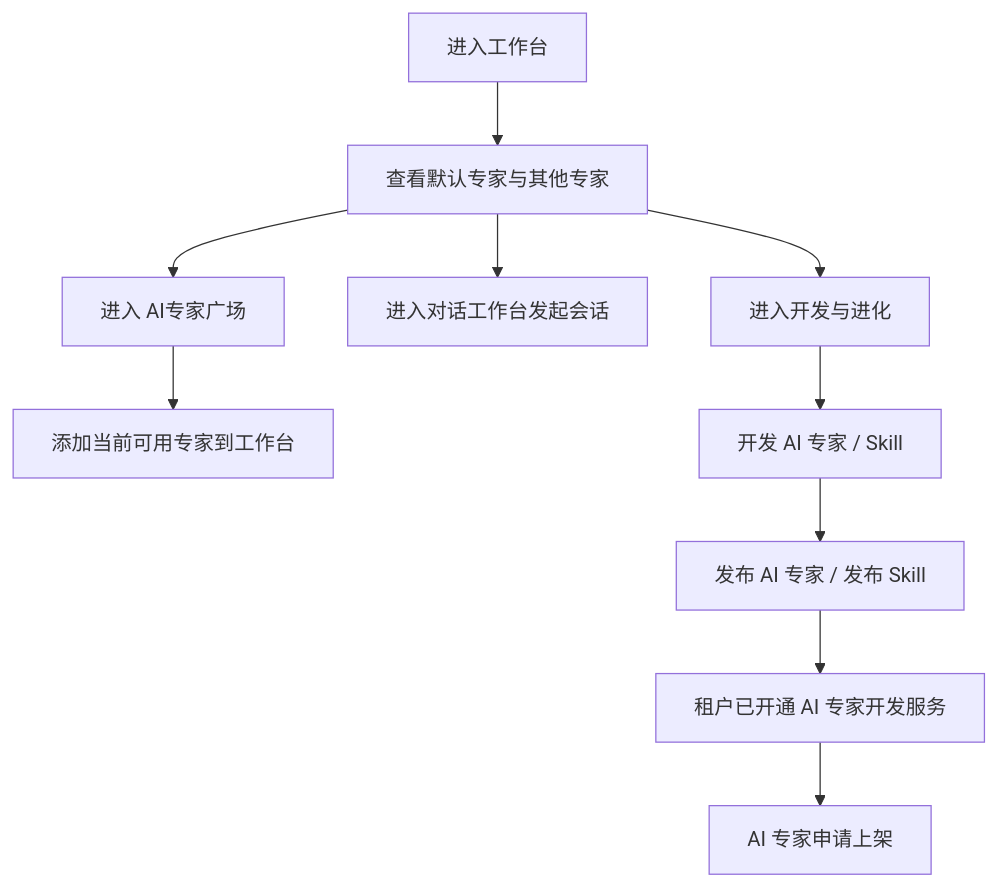
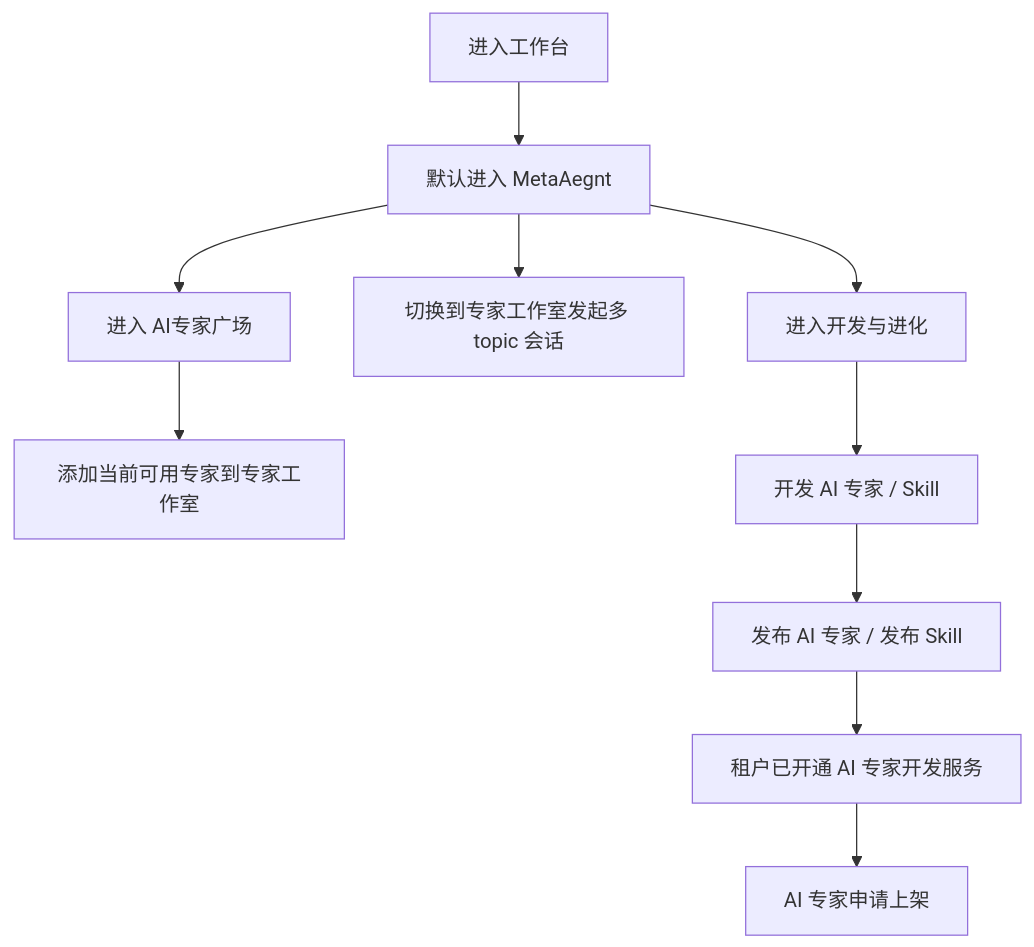
The second of 4 diagrams in Frontis AI · 完整 PRD V2.md (wanquanY/Frontis_prd), drawn with Mermaid before and after one commit. The commit also changed other lines of this file and 110 other files, not shown here.

````diff
--- a/Frontis AI · 完整 PRD V2.md
+++ b/Frontis AI · 完整 PRD V2.md
@@ -114,12 +114,12 @@
 ```mermaid
 flowchart TD
-  A["进入工作台"] --> B["查看默认专家与其他专家"]
+  A["进入工作台"] --> B["默认进入 MetaAegnt"]
   B --> C["进入 AI专家广场"]
-  C --> D["添加当前可用专家到工作台"]
-  B --> E["进入对话工作台发起会话"]
+  C --> D["添加当前可用专家到专家工作室"]
+  B --> E["切换到专家工作室发起多 topic 会话"]
   B --> F["进入开发与进化"]
   F --> G["开发 AI 专家 / Skill"]
   G --> H["发布 AI 专家 / 发布 Skill"]
   H --> I["租户已开通 AI 专家开发服务"]
   I --> J["AI 专家申请上架"]
 ```
````
